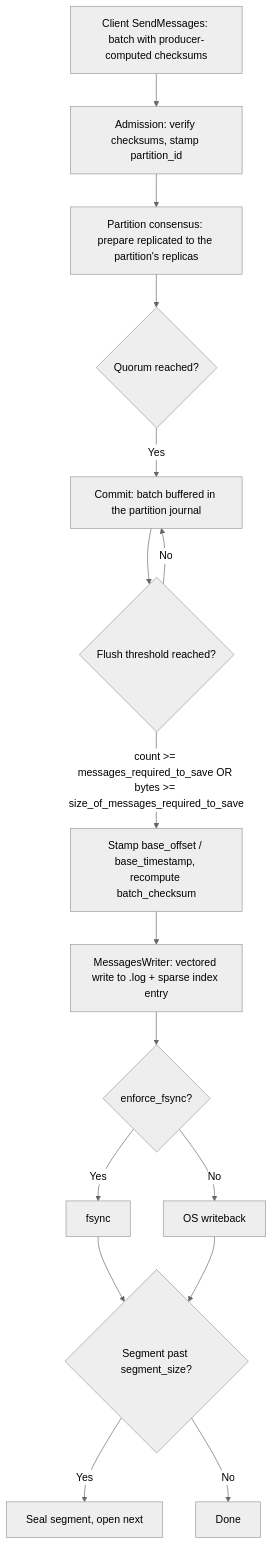
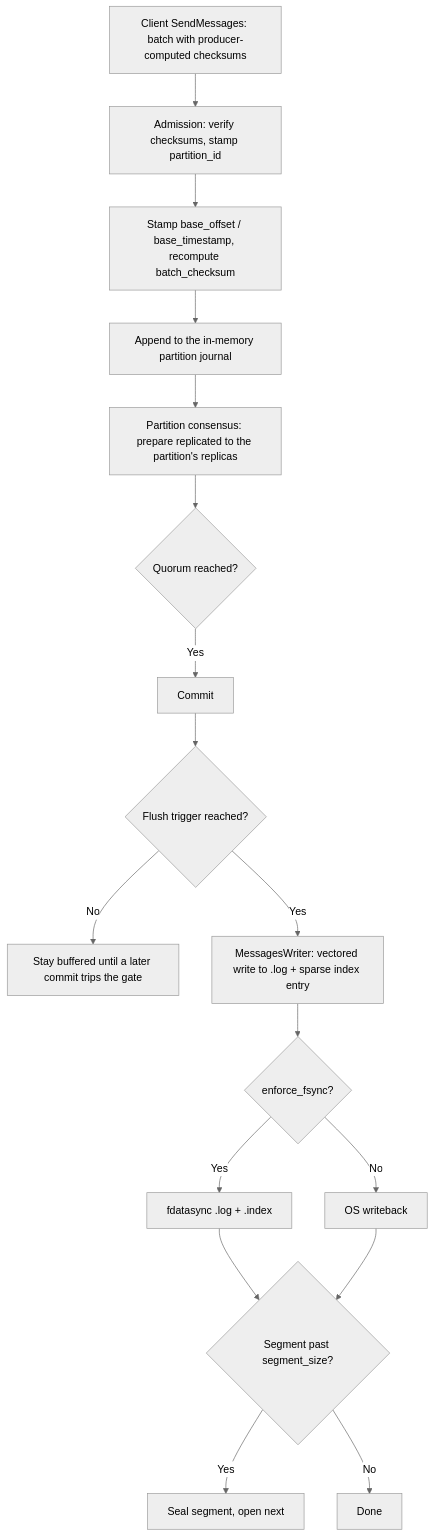
Before and after one commit to apache/iggy-website: the diagram in content/docs/server/storage-engine.mdx, drawn with Mermaid (neutral theme). The commit also changed other lines of this file and 18 other files, not shown here.

````diff
--- a/content/docs/server/storage-engine.mdx
+++ b/content/docs/server/storage-engine.mdx
@@ -84,18 +84,19 @@
 ```mermaid
 graph TD
   A["Client SendMessages: batch with producer-computed checksums"] --> B["Admission: verify checksums, stamp partition_id"]
-  B --> C["Partition consensus: prepare replicated to the partition's replicas"]
-  C --> D{"Quorum reached?"}
-  D -->|"Yes"| E["Commit: batch buffered in the partition journal"]
-  E --> F{"Flush threshold reached?"}
-  F -->|"count >= messages_required_to_save OR bytes >= size_of_messages_required_to_save"| G["Stamp base_offset / base_timestamp, recompute batch_checksum"]
-  F -->|"No"| E
-  G --> H["MessagesWriter: vectored write to .log + sparse index entry"]
-  H --> I{"enforce_fsync?"}
-  I -->|"Yes"| J["fsync"]
-  I -->|"No"| K["OS writeback"]
-  J --> L{"Segment past segment_size?"}
-  K --> L
-  L -->|"Yes"| M["Seal segment, open next"]
-  L -->|"No"| N["Done"]
+  B --> C["Stamp base_offset / base_timestamp, recompute batch_checksum"]
+  C --> D["Append to the in-memory partition journal"]
+  D --> E["Partition consensus: prepare replicated to the partition's replicas"]
+  E --> F{"Quorum reached?"}
+  F -->|"Yes"| G["Commit"]
+  G --> H{"Flush trigger reached?"}
+  H -->|"No"| W["Stay buffered until a later commit trips the gate"]
+  H -->|"Yes"| I["MessagesWriter: vectored write to .log + sparse index entry"]
+  I --> J{"enforce_fsync?"}
+  J -->|"Yes"| K["fdatasync .log + .index"]
+  J -->|"No"| L["OS writeback"]
+  K --> M{"Segment past segment_size?"}
+  L --> M
+  M -->|"Yes"| N["Seal segment, open next"]
+  M -->|"No"| O["Done"]
 ```
````
